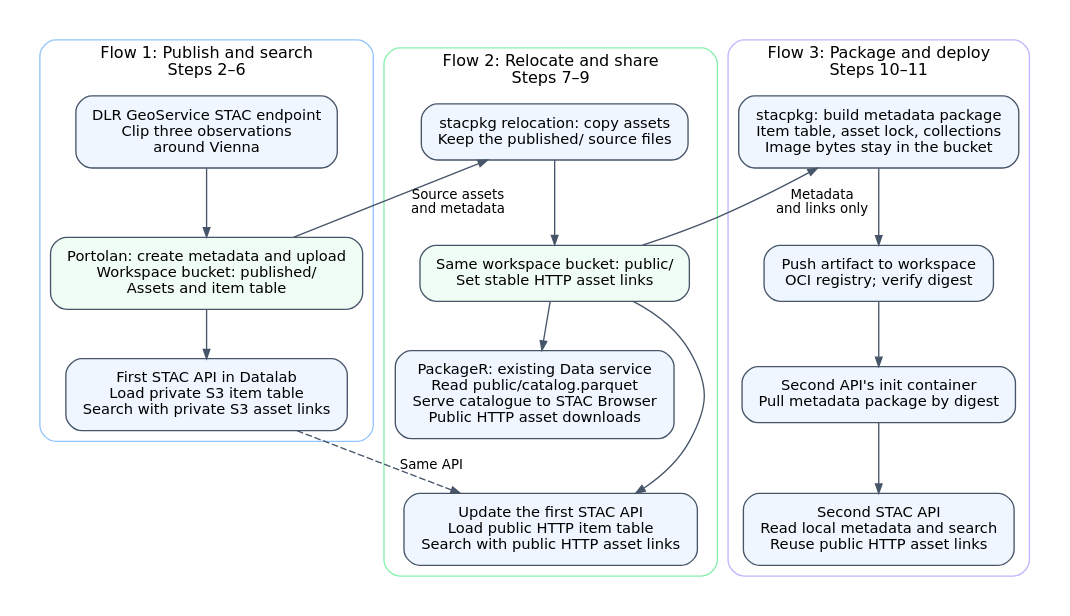
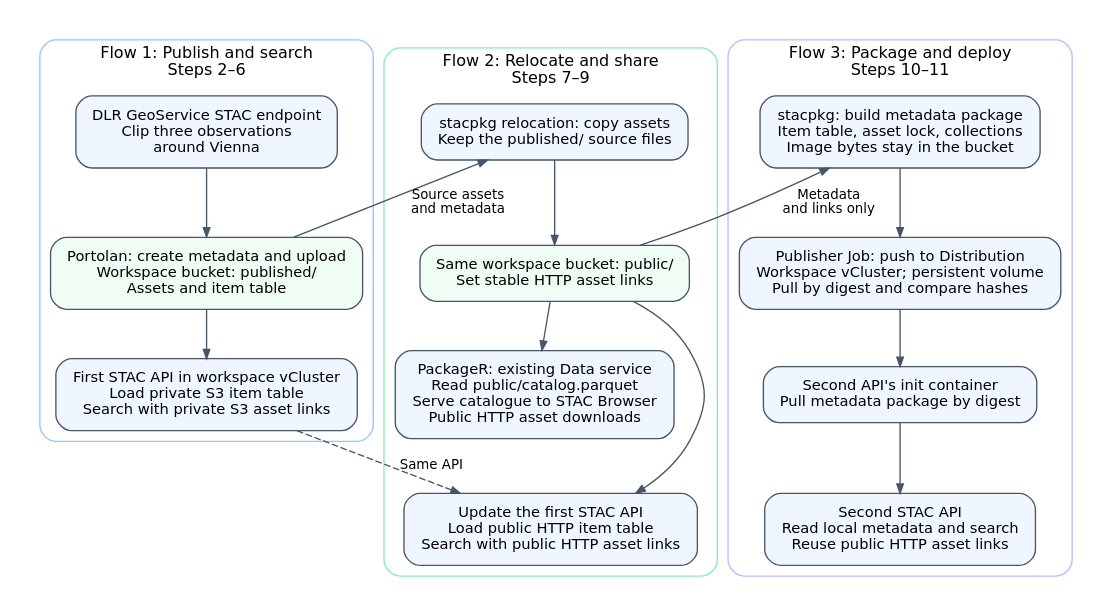
Before and after one commit to EOEPCA/workspace: the diagram in docs/img/register-stac-metadata/data-flow.dot, drawn with Graphviz. The commit also changed 40 other files, not shown here.

Commit message:
update workspace-management to explain vcluster access, align docs for provider-datalab >=0.12.0 version

```diff
--- a/docs/img/register-stac-metadata/data-flow.dot
+++ b/docs/img/register-stac-metadata/data-flow.dot
@@ -1,48 +1,48 @@
 // Render: dot -Tsvg data-flow.dot -o data-flow.svg
 digraph data_flow {
     graph [rankdir=TB, bgcolor="white", pad=0.2, nodesep=0.3, ranksep=0.4,
            fontname="DejaVu Sans", fontsize=12, compound=true, newrank=true];
     node [shape=box, style="rounded,filled", fillcolor="#eff6ff",
           color="#475569", fontname="DejaVu Sans", fontsize=11, margin="0.16,0.12"];
     edge [color="#475569", fontname="DejaVu Sans", fontsize=10, arrowsize=0.7];
 
     subgraph cluster_publish {
         label="Flow 1: Publish and search\nSteps 2–6";
         color="#93c5fd";
         style="rounded";
         prepare [label="DLR GeoService STAC endpoint\nClip three observations\naround Vienna"];
         published [label="Portolan: create metadata and upload\nWorkspace bucket: published/\nAssets and item table", fillcolor="#f0fdf4"];
-        private_api [label="First STAC API in Datalab\nLoad private S3 item table\nSearch with private S3 asset links"];
+        private_api [label="First STAC API in workspace vCluster\nLoad private S3 item table\nSearch with private S3 asset links"];
         prepare -> published -> private_api;
     }
 
     subgraph cluster_relocate {
         label="Flow 2: Relocate and share\nSteps 7–9";
         color="#86efac";
         style="rounded";
         relocate [label="stacpkg relocation: copy assets\nKeep the published/ source files"];
         public [label="Same workspace bucket: public/\nSet stable HTTP asset links", fillcolor="#f0fdf4"];
         catalogue [label="PackageR: existing Data service\nRead public/catalog.parquet\nServe catalogue to STAC Browser\nPublic HTTP asset downloads"];
         public_api [label="Update the first STAC API\nLoad public HTTP item table\nSearch with public HTTP asset links"];
         relocate -> public;
         public -> catalogue;
         public -> public_api;
         catalogue -> public_api [style=invis];
     }
 
     subgraph cluster_package {
         label="Flow 3: Package and deploy\nSteps 10–11";
         color="#c4b5fd";
         style="rounded";
         package [label="stacpkg: build metadata package\nItem table, asset lock, collections\nImage bytes stay in the bucket"];
-        registry [label="Push artifact to workspace\nOCI registry; verify digest"];
+        registry [label="Publisher Job: push to Distribution\nWorkspace vCluster; persistent volume\nPull by digest and compare hashes"];
         init [label="Second API's init container\nPull metadata package by digest"];
         oci_api [label="Second STAC API\nRead local metadata and search\nReuse public HTTP asset links"];
         package -> registry -> init -> oci_api;
     }
 
     { rank=same; prepare; relocate; package; }
     published -> relocate [constraint=false, label="Source assets\nand metadata"];
     public -> package [constraint=false, label="Metadata\nand links only"];
     private_api -> public_api [style=dashed, constraint=false, label="Same API"];
 }
```
